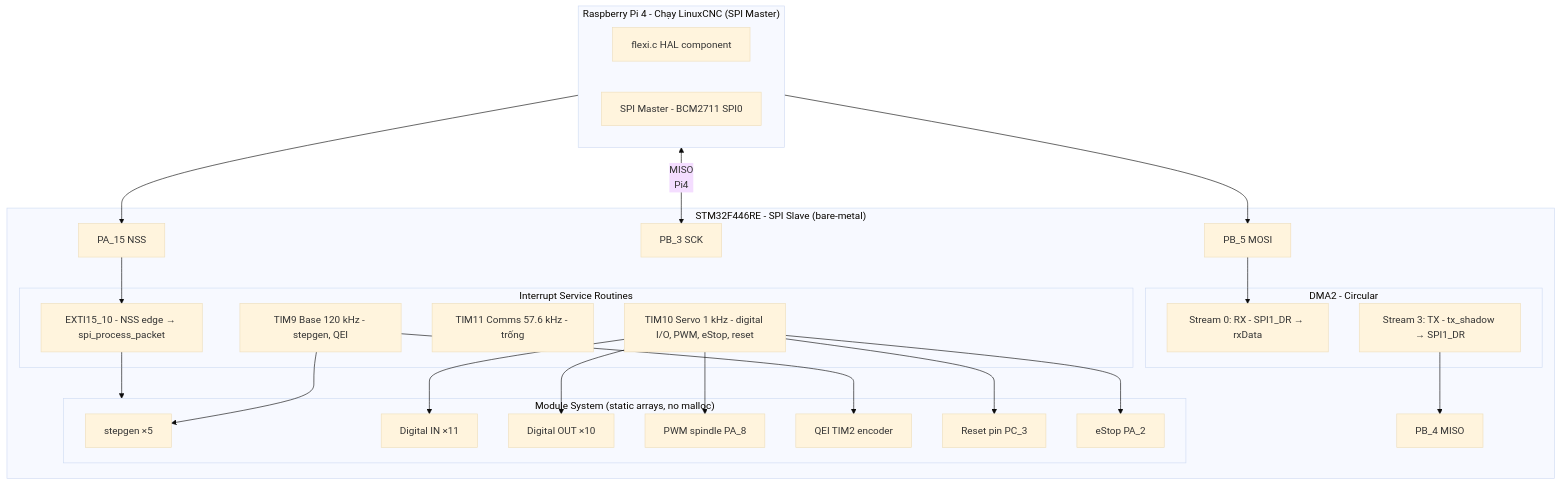
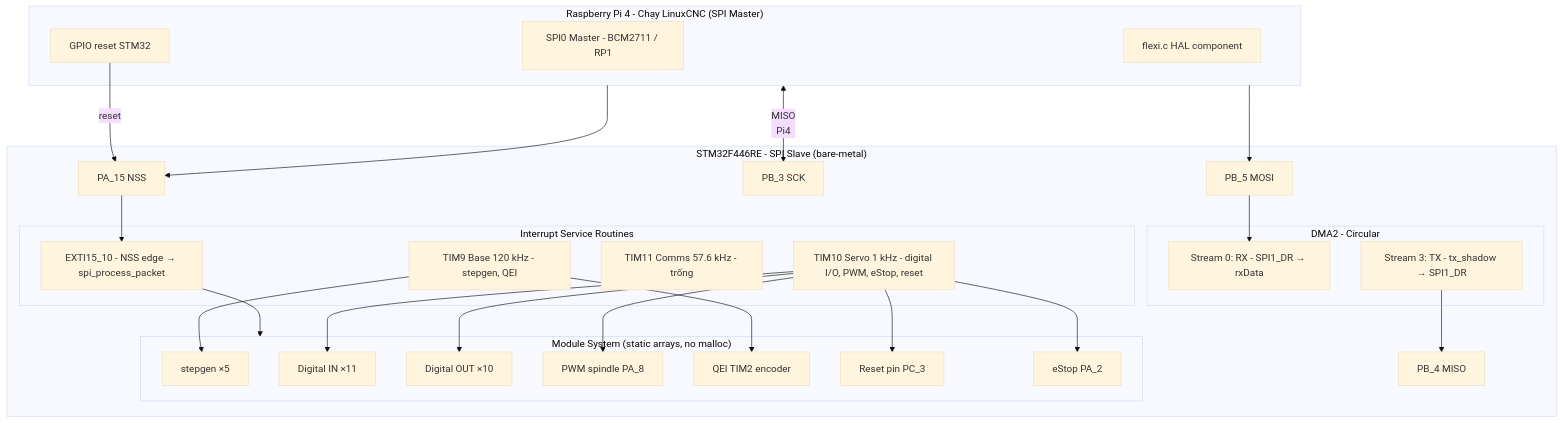
Before and after one commit to Cao-Tien-Dat/STM32F4446RET6-For-linuxcnc: the diagram in README.md, drawn with Mermaid (base theme). The commit also changed other lines of this file and 11 other files, not shown here.

````diff
--- a/README.md
+++ b/README.md
@@ -13,53 +11,55 @@
 ```mermaid
 flowchart TD
     subgraph Pi4["Raspberry Pi 4 - Chạy LinuxCNC (SPI Master)"]
         HAL[flexi.c HAL component]
-        SPI_M[SPI Master - BCM2711 SPI0]
+        SPI_M[SPI0 Master - BCM2711 / RP1]
+        GPIO[GPIO reset STM32]
     end
 
     subgraph STM32["STM32F446RE - SPI Slave (bare-metal)"]
         NSS[PA_15 NSS]
         SCK[PB_3 SCK]
         MISO[PB_4 MISO]
         MOSI[PB_5 MOSI]
 
         subgraph DMA["DMA2 - Circular"]
             DMA_RX[Stream 0: RX - SPI1_DR → rxData]
             DMA_TX[Stream 3: TX - tx_shadow → SPI1_DR]
         end
 
         subgraph ISR["Interrupt Service Routines"]
             TIM9[TIM9 Base 120 kHz - stepgen, QEI]
             TIM10[TIM10 Servo 1 kHz - digital I/O, PWM, eStop, reset]
             TIM11[TIM11 Comms 57.6 kHz - trống]
             EXTI[EXTI15_10 - NSS edge → spi_process_packet]
         end
 
         subgraph Modules["Module System (static arrays, no malloc)"]
             STEP[stepgen ×5]
             DIN[Digital IN ×11]
             DOUT[Digital OUT ×10]
             PWM[PWM spindle PA_8]
             QEI[QEI TIM2 encoder]
             RST[Reset pin PC_3]
             ESTOP[eStop PA_2]
         end
     end
 
     Pi4 --> MOSI
     Pi4 <-- MISO
     Pi4 --> SCK
     Pi4 --> NSS
+    GPIO -->|reset| NSS
 
     MOSI --> DMA_RX
     DMA_TX --> MISO
     NSS --> EXTI
     EXTI --> Modules
     TIM9 --> STEP
     TIM9 --> QEI
     TIM10 --> DIN
     TIM10 --> DOUT
     TIM10 --> PWM
     TIM10 --> ESTOP
     TIM10 --> RST
 ```
````
